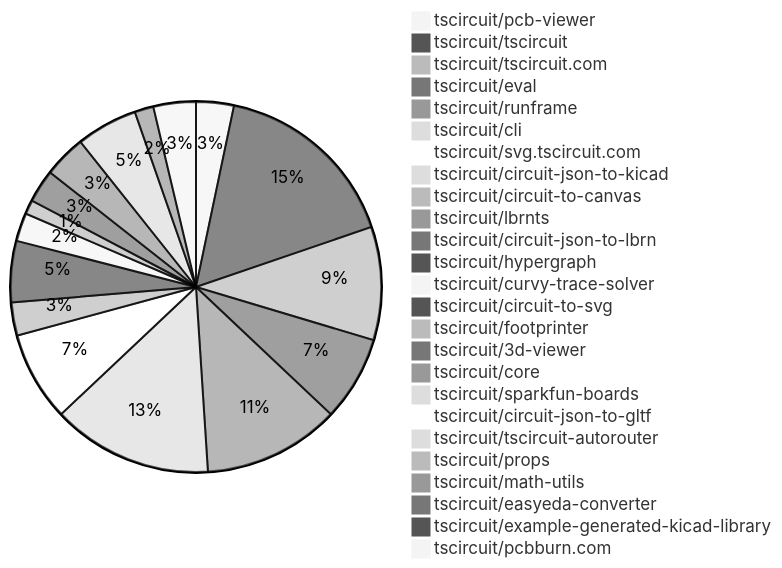
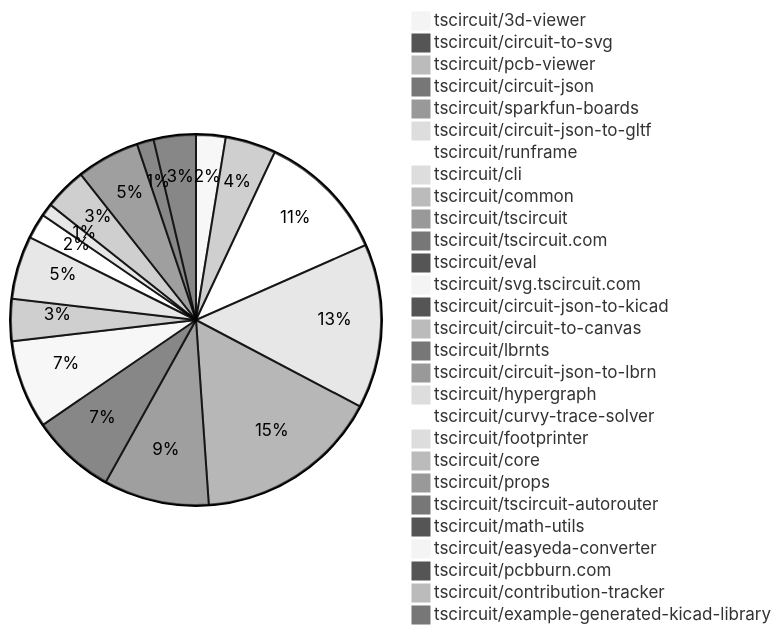
Before and after one commit to tscircuit/contribution-tracker: the diagram in README.md, drawn with Mermaid (neutral theme). The commit also changed other lines of this file and 3 other files, not shown here.

````diff
--- a/README.md
+++ b/README.md
@@ -37,28 +37,31 @@
 ```mermaid
 pie
-    "tscircuit/pcb-viewer" : 8
-    "tscircuit/tscircuit" : 40
-    "tscircuit/tscircuit.com" : 24
-    "tscircuit/eval" : 18
-    "tscircuit/runframe" : 29
-    "tscircuit/cli" : 34
-    "tscircuit/svg.tscircuit.com" : 19
+    "tscircuit/3d-viewer" : 7
+    "tscircuit/circuit-to-svg" : 2
+    "tscircuit/pcb-viewer" : 12
+    "tscircuit/circuit-json" : 2
+    "tscircuit/sparkfun-boards" : 2
+    "tscircuit/circuit-json-to-gltf" : 2
+    "tscircuit/runframe" : 31
+    "tscircuit/cli" : 39
+    "tscircuit/common" : 1
+    "tscircuit/tscircuit" : 44
+    "tscircuit/tscircuit.com" : 25
+    "tscircuit/eval" : 20
+    "tscircuit/svg.tscircuit.com" : 21
     "tscircuit/circuit-json-to-kicad" : 2
-    "tscircuit/circuit-to-canvas" : 7
+    "tscircuit/circuit-to-canvas" : 10
     "tscircuit/lbrnts" : 2
     "tscircuit/circuit-json-to-lbrn" : 2
-    "tscircuit/hypergraph" : 13
+    "tscircuit/hypergraph" : 15
     "tscircuit/curvy-trace-solver" : 6
-    "tscircuit/circuit-to-svg" : 2
     "tscircuit/footprinter" : 3
-    "tscircuit/3d-viewer" : 7
-    "tscircuit/core" : 9
-    "tscircuit/sparkfun-boards" : 2
-    "tscircuit/circuit-json-to-gltf" : 2
-    "tscircuit/tscircuit-autorouter" : 13
-    "tscircuit/props" : 1
+    "tscircuit/core" : 10
+    "tscircuit/props" : 2
+    "tscircuit/tscircuit-autorouter" : 15
     "tscircuit/math-utils" : 4
     "tscircuit/easyeda-converter" : 2
+    "tscircuit/pcbburn.com" : 10
+    "tscircuit/contribution-tracker" : 1
     "tscircuit/example-generated-kicad-library" : 1
-    "tscircuit/pcbburn.com" : 9
 ```
````
